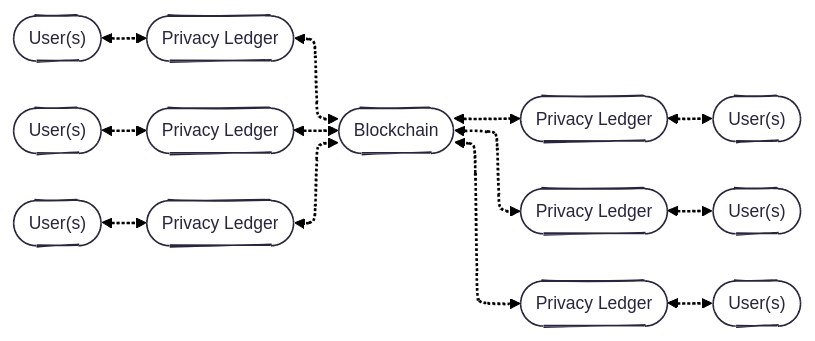
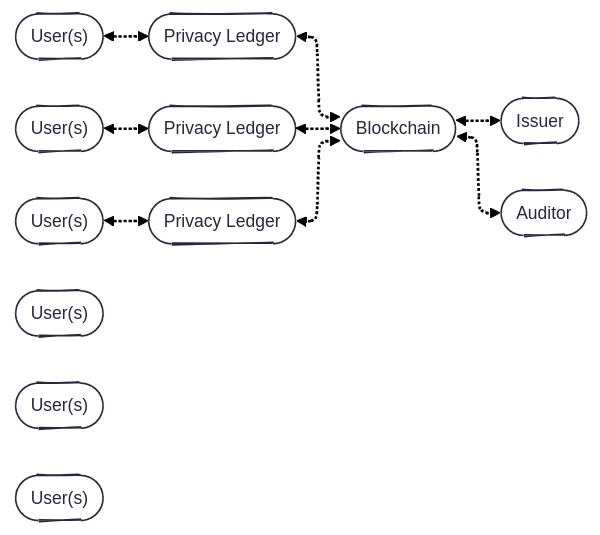
The first of 5 diagrams in enygma_payments/README.md (raylsnetwork/Enygma), drawn with Mermaid before and after one commit.

Commit message:
Refactor diagram in README to simplify relationships
Updated the relationships in the diagram to include Issuer and Auditor instead of multiple Privacy Ledger instances.

````diff
--- a/enygma_payments/README.md
+++ b/enygma_payments/README.md
@@ -5,35 +5,32 @@
 ```mermaid
 ---
 config:
   theme: redux
   layout: elk
   look: handDrawn
 ---
 flowchart LR
     UA(["User(s)"])
     UB(["User(s)"])
     UC(["User(s)"])
 
     UE(["User(s)"])
     UF(["User(s)"])
     UG(["User(s)"])
 
     PLA(["Privacy Ledger"])
     PLB(["Privacy Ledger"])
     PLC(["Privacy Ledger"])
 
     B(["Blockchain"])
-    PLE(["Privacy Ledger"])
-    PLF(["Privacy Ledger"])
-    PLG(["Privacy Ledger"])
+    I(["Issuer"])
+    A(["Auditor"])
+    
 
-    PLA & PLB & PLC <-.-> B <-.-> PLE & PLF & PLG
+    PLA & PLB & PLC <-.-> B <-.-> I & A
 
     UA <-.-> PLA
     UB <-.-> PLB
     UC <-.-> PLC
 
-    PLE <-.-> UE
-    PLF <-.-> UF
-    PLG <-.-> UG
 ```
````
